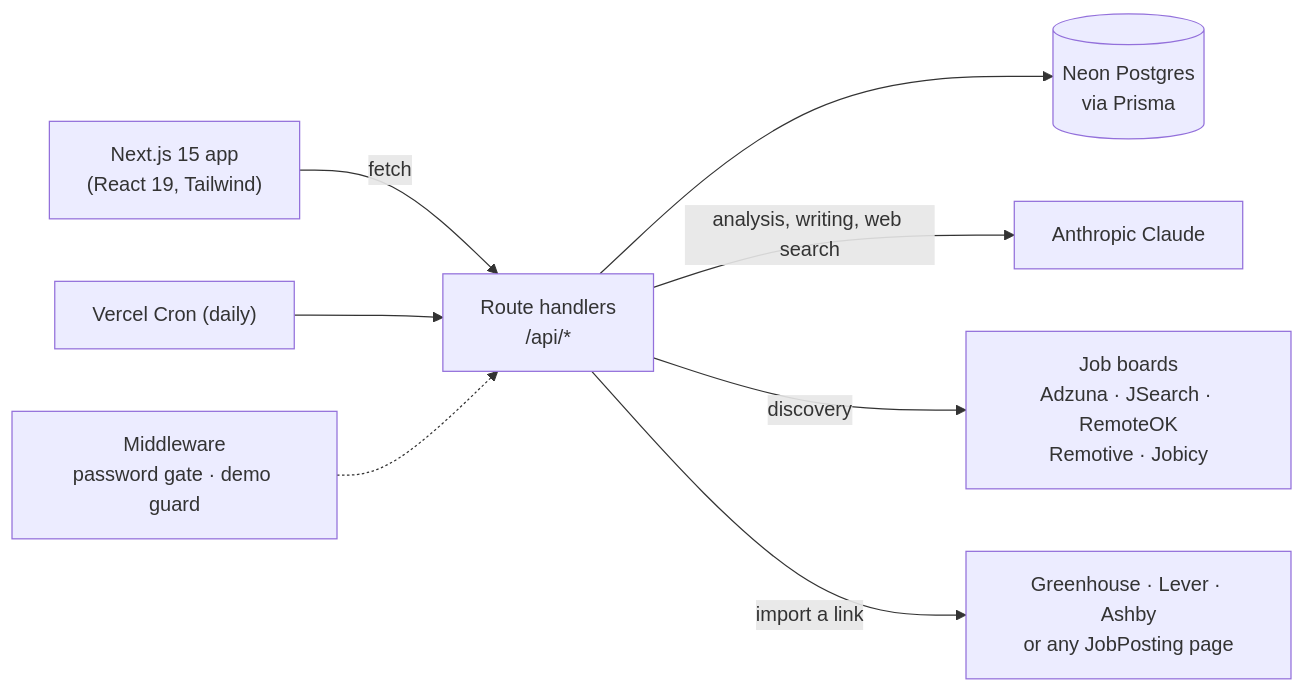
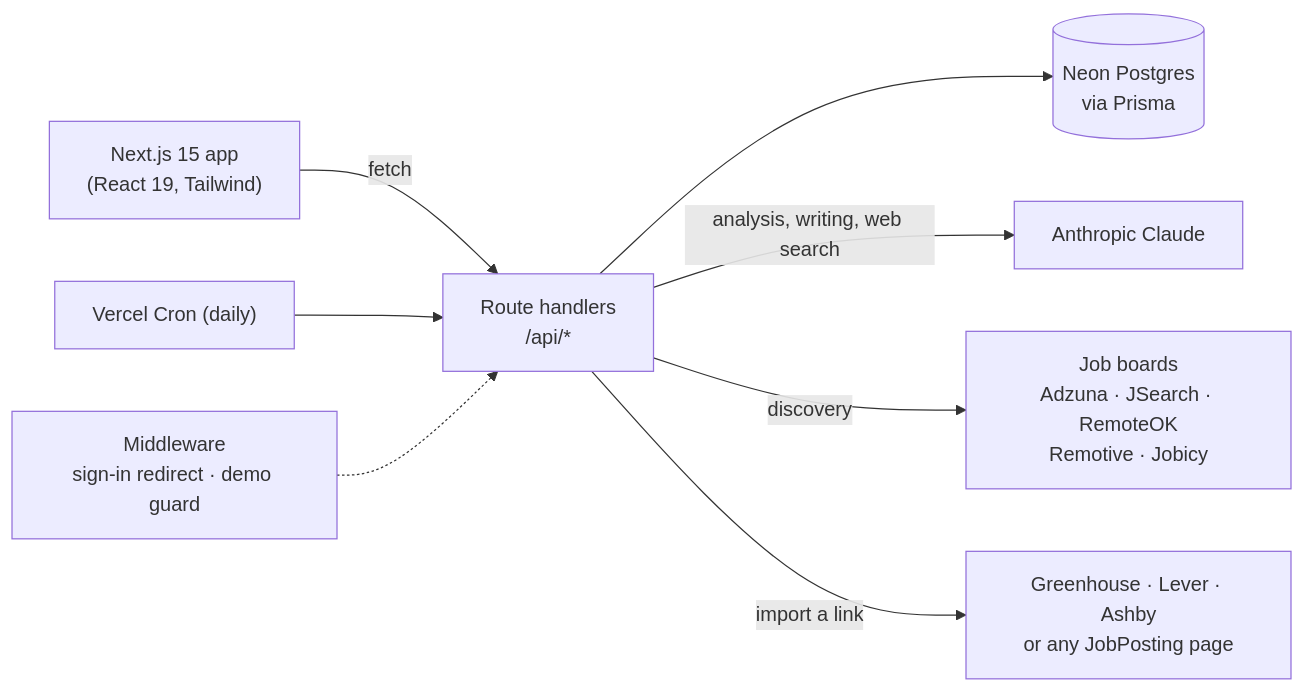
The diagram in README.md (Sutavin2004/Smart-Job-Tracker), drawn with Mermaid before and after one commit. The commit also changed other lines of this file and 137 other files, not shown here.

````diff
--- a/README.md
+++ b/README.md
@@ -42,10 +48,10 @@
 ```mermaid
 flowchart LR
   UI["Next.js 15 app<br/>(React 19, Tailwind)"] -->|fetch| API["Route handlers<br/>/api/*"]
   API --> DB[("Neon Postgres<br/>via Prisma")]
   API -->|analysis, writing, web search| Claude["Anthropic Claude"]
   API -->|discovery| Boards["Job boards<br/>Adzuna · JSearch · RemoteOK<br/>Remotive · Jobicy"]
   API -->|import a link| ATS["Greenhouse · Lever · Ashby<br/>or any JobPosting page"]
   Cron["Vercel Cron (daily)"] --> API
-  MW["Middleware<br/>password gate · demo guard"] -.-> API
+  MW["Middleware<br/>sign-in redirect · demo guard"] -.-> API
 ```
````
